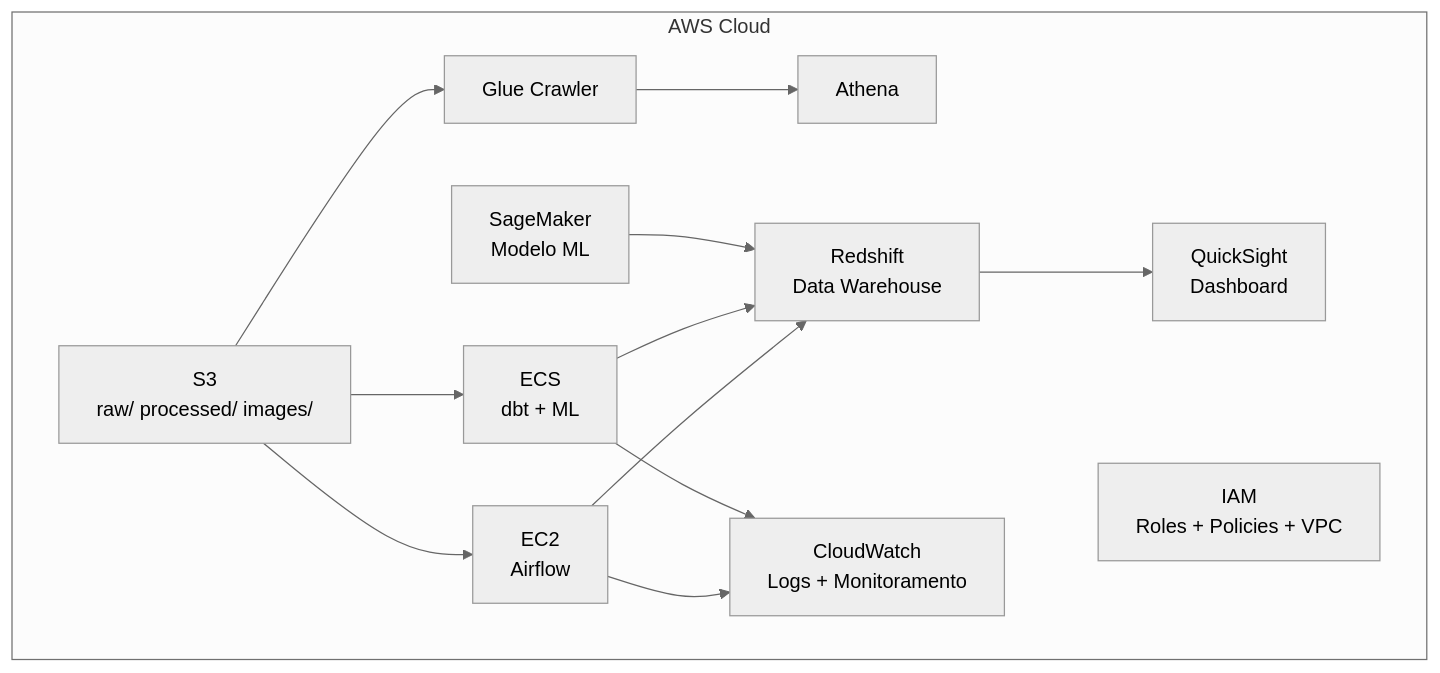
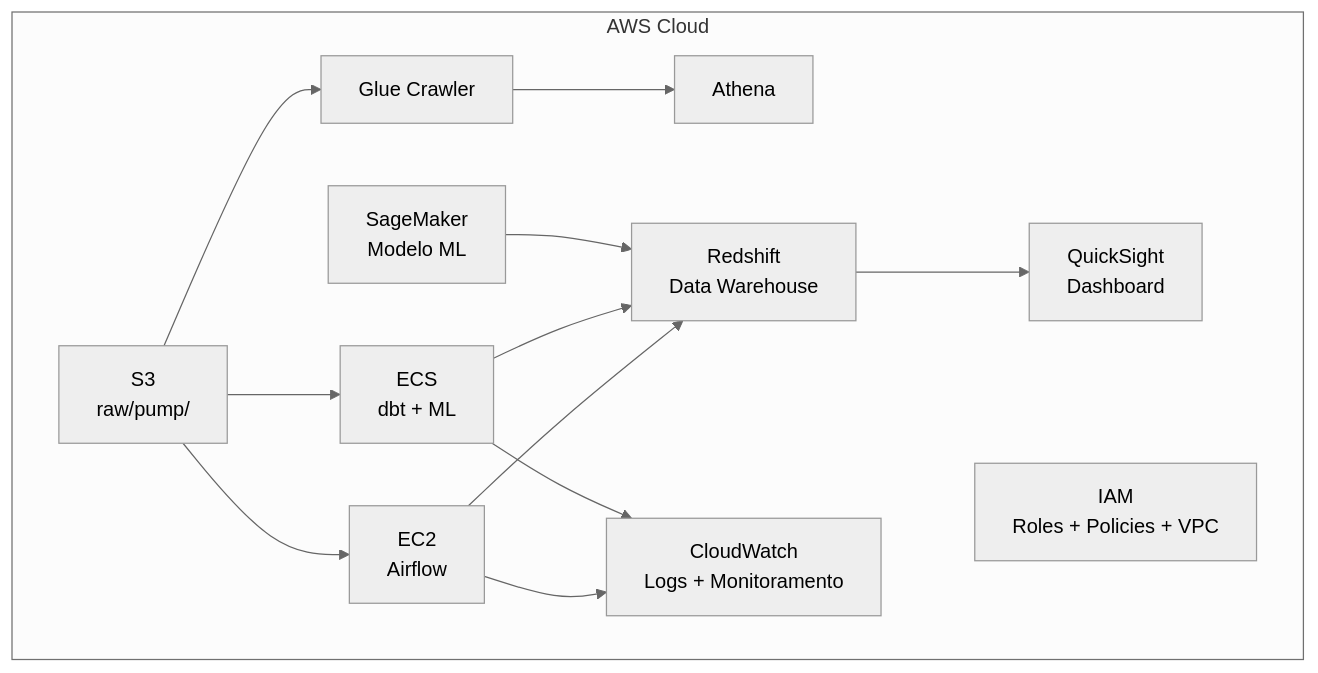
One commit to guialvesmartins/trabalho-ifg-modulo-2 changed the diagram in .docs-projeto-final/10-Infra-AWS.md. Above: the diagram before and after it, drawn with Mermaid (neutral theme). The commit also changed other lines of this file and 32 other files, not shown here.

````diff
--- a/.docs-projeto-final/10-Infra-AWS.md
+++ b/.docs-projeto-final/10-Infra-AWS.md
@@ -46,25 +46,25 @@
 ```mermaid
 graph TD
     subgraph "AWS Cloud"
-        S3_AWS["S3\nraw/ processed/ images/"]
+        S3_AWS["S3\nraw/pump/"]
         GLUE["Glue Crawler"]
         ATHENA["Athena"]
         EC2_AWS["EC2\nAirflow"]
         ECS_AWS["ECS\ndbt + ML"]
         SM["SageMaker\nModelo ML"]
         RS["Redshift\nData Warehouse"]
         QS["QuickSight\nDashboard"]
         CW["CloudWatch\nLogs + Monitoramento"]
         IAM_AWS["IAM\nRoles + Policies + VPC"]
     end
 
     S3_AWS --> GLUE --> ATHENA
     S3_AWS --> EC2_AWS
     S3_AWS --> ECS_AWS
     EC2_AWS --> RS
     ECS_AWS --> RS
     SM --> RS
     RS --> QS
     EC2_AWS --> CW
     ECS_AWS --> CW
 ```
````
